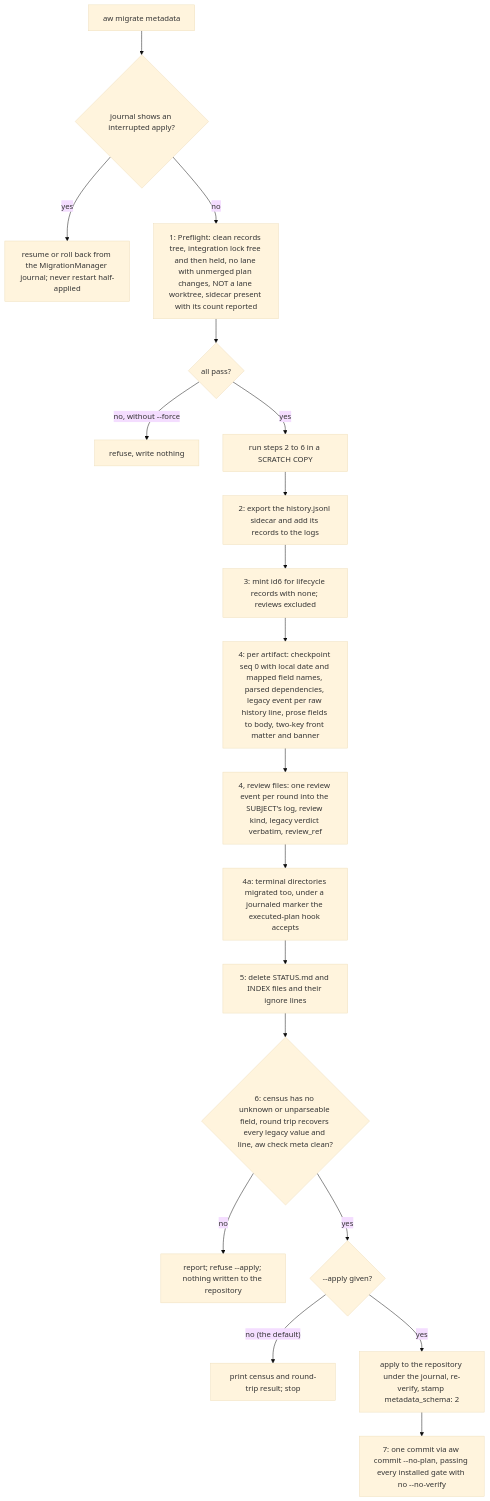
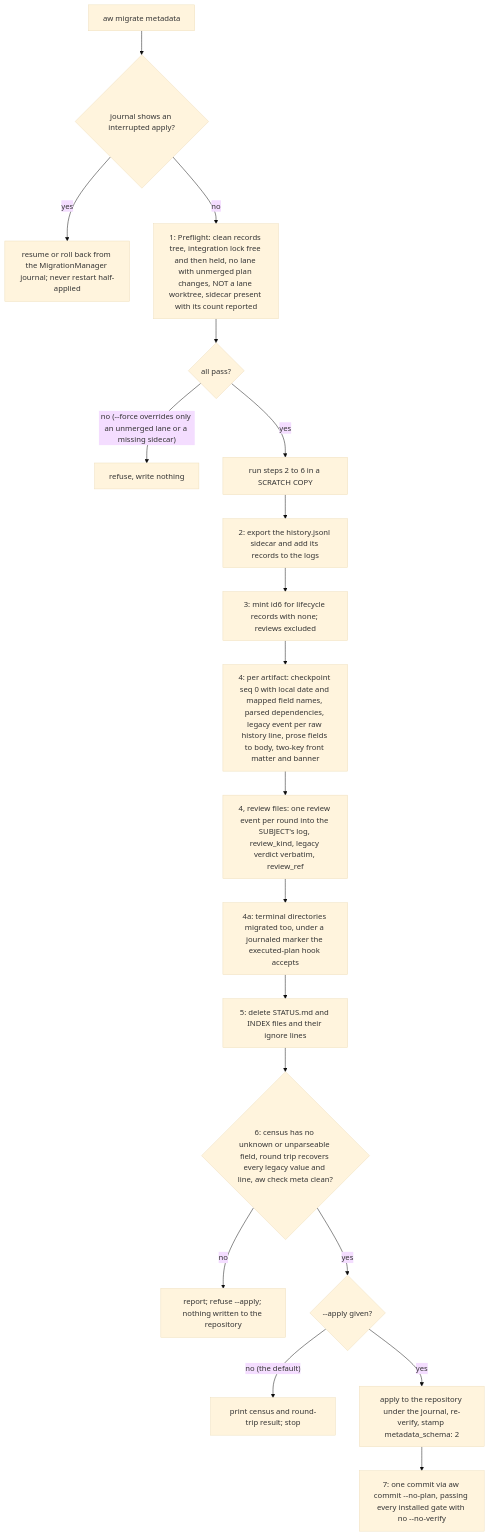
Before and after one commit to fariello/agent-workflows: the eighth of 10 diagrams in .aw/records/specs/reviewed/20260925-metastore-01-4sd62s-artifact-metadata-store.spec.md, drawn with Mermaid (base theme). The commit also changed other lines of this file, not shown here.

First line of the commit message:
spec(4sd62s): proofread pass 2: restore lost qualifiers, fix meaning drift, one term per concept; add OQ-12

````diff
--- a/.aw/records/specs/reviewed/20260925-metastore-01-4sd62s-artifact-metadata-store.spec.md
+++ b/.aw/records/specs/reviewed/20260925-metastore-01-4sd62s-artifact-metadata-store.spec.md
@@ -1307,21 +1335,21 @@
 ```mermaid
 flowchart TD
     Z["aw migrate metadata"] --> Z1{"journal shows an interrupted apply?"}
     Z1 -- yes --> Z2["resume or roll back from the MigrationManager journal; never restart half-applied"]
     Z1 -- no --> P["1: Preflight: clean records tree, integration lock free and then held, no lane with unmerged plan changes, NOT a lane worktree, sidecar present with its count reported"]
     P --> Q{"all pass?"}
-    Q -- "no, without --force" --> R["refuse, write nothing"]
+    Q -- "no (--force overrides only an unmerged lane or a missing sidecar)" --> R["refuse, write nothing"]
     Q -- yes --> W["run steps 2 to 6 in a SCRATCH COPY"]
     W --> S2["2: export the history.jsonl sidecar and add its records to the logs"]
     S2 --> S3["3: mint id6 for lifecycle records with none; reviews excluded"]
     S3 --> S4["4: per artifact: checkpoint seq 0 with local date and mapped field names, parsed dependencies, legacy event per raw history line, prose fields to body, two-key front matter and banner"]
-    S4 --> S4r["4, review files: one review event per round into the SUBJECT's log, review kind, legacy verdict verbatim, review_ref"]
+    S4 --> S4r["4, review files: one review event per round into the SUBJECT's log, review_kind, legacy verdict verbatim, review_ref"]
     S4r --> S4a["4a: terminal directories migrated too, under a journaled marker the executed-plan hook accepts"]
     S4a --> S5["5: delete STATUS.md and INDEX files and their ignore lines"]
     S5 --> S6{"6: census has no unknown or unparseable field, round trip recovers every legacy value and line, aw check meta clean?"}
     S6 -- no --> X["report; refuse --apply; nothing written to the repository"]
     S6 -- yes --> Y{"--apply given?"}
     Y -- "no (the default)" --> Y1["print census and round-trip result; stop"]
     Y -- yes --> Y2["apply to the repository under the journal, re-verify, stamp metadata_schema: 2"]
     Y2 --> S7["7: one commit via aw commit --no-plan, passing every installed gate with no --no-verify"]
 ```
````
